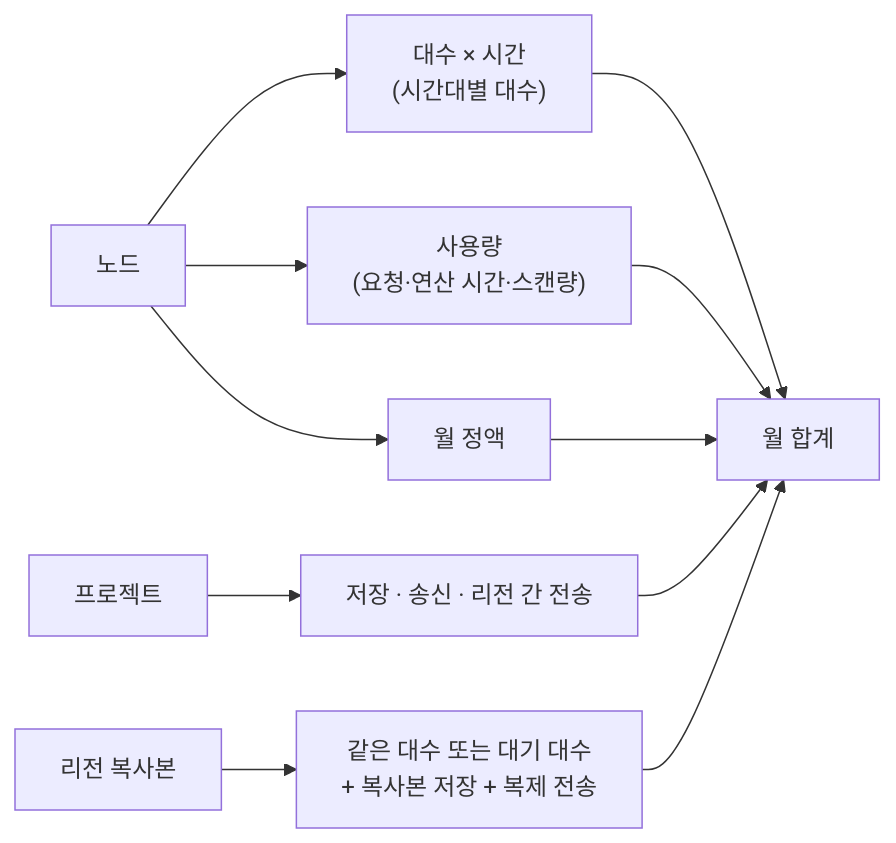
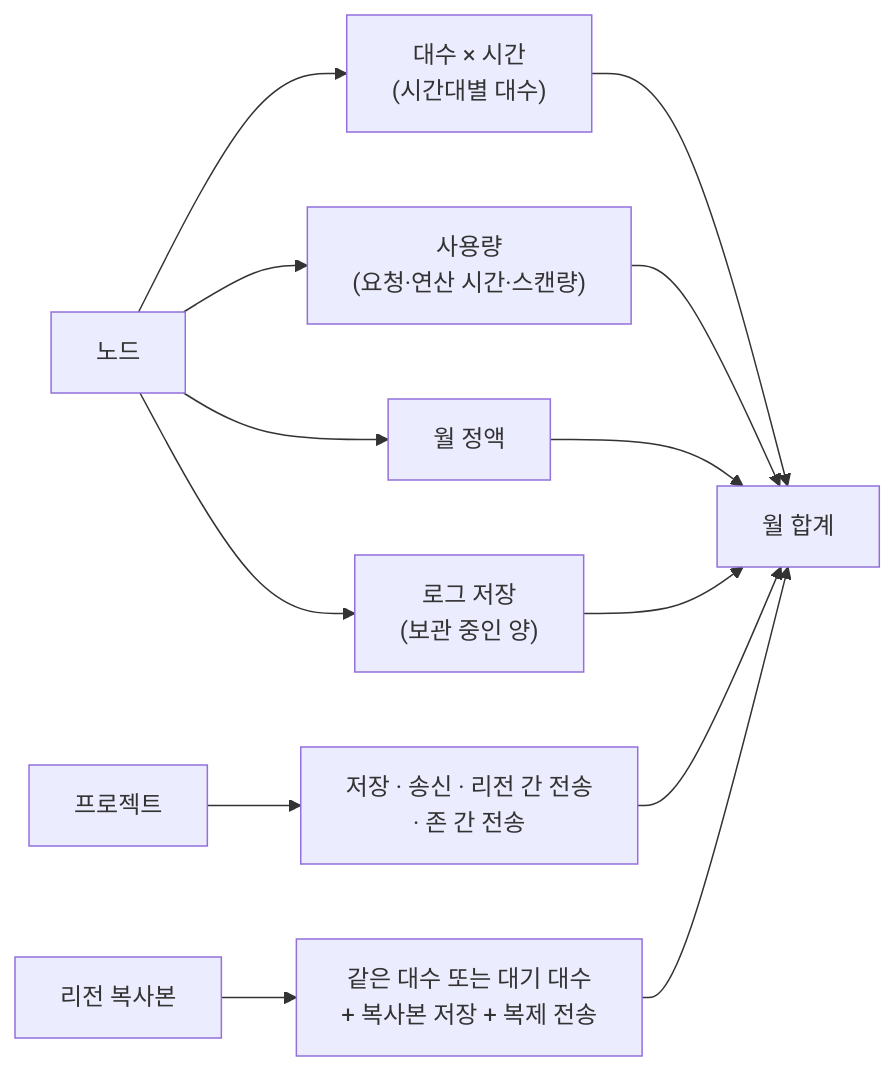
Before and after one commit to jinhangcho-ops/app-architect-studio: the fourth of 5 diagrams in docs/model.md, drawn with Mermaid. The commit also changed other lines of this file and 17 other files, not shown here.

````diff
--- a/docs/model.md
+++ b/docs/model.md
@@ -105,9 +105,10 @@
 ```mermaid
 flowchart LR
   N["노드"] --> P1["대수 × 시간<br/>(시간대별 대수)"]
   N --> P2["사용량<br/>(요청·연산 시간·스캔량)"]
   N --> P3["월 정액"]
-  S["프로젝트"] --> P4["저장 · 송신 · 리전 간 전송"]
+  S["프로젝트"] --> P4["저장 · 송신 · 리전 간 전송<br/>· 존 간 전송"]
+  N --> P6["로그 저장<br/>(보관 중인 양)"]
   R["리전 복사본"] --> P5["같은 대수 또는 대기 대수<br/>+ 복사본 저장 + 복제 전송"]
-  P1 & P2 & P3 & P4 & P5 --> T["월 합계"]
+  P1 & P2 & P3 & P4 & P5 & P6 --> T["월 합계"]
 ```
````
